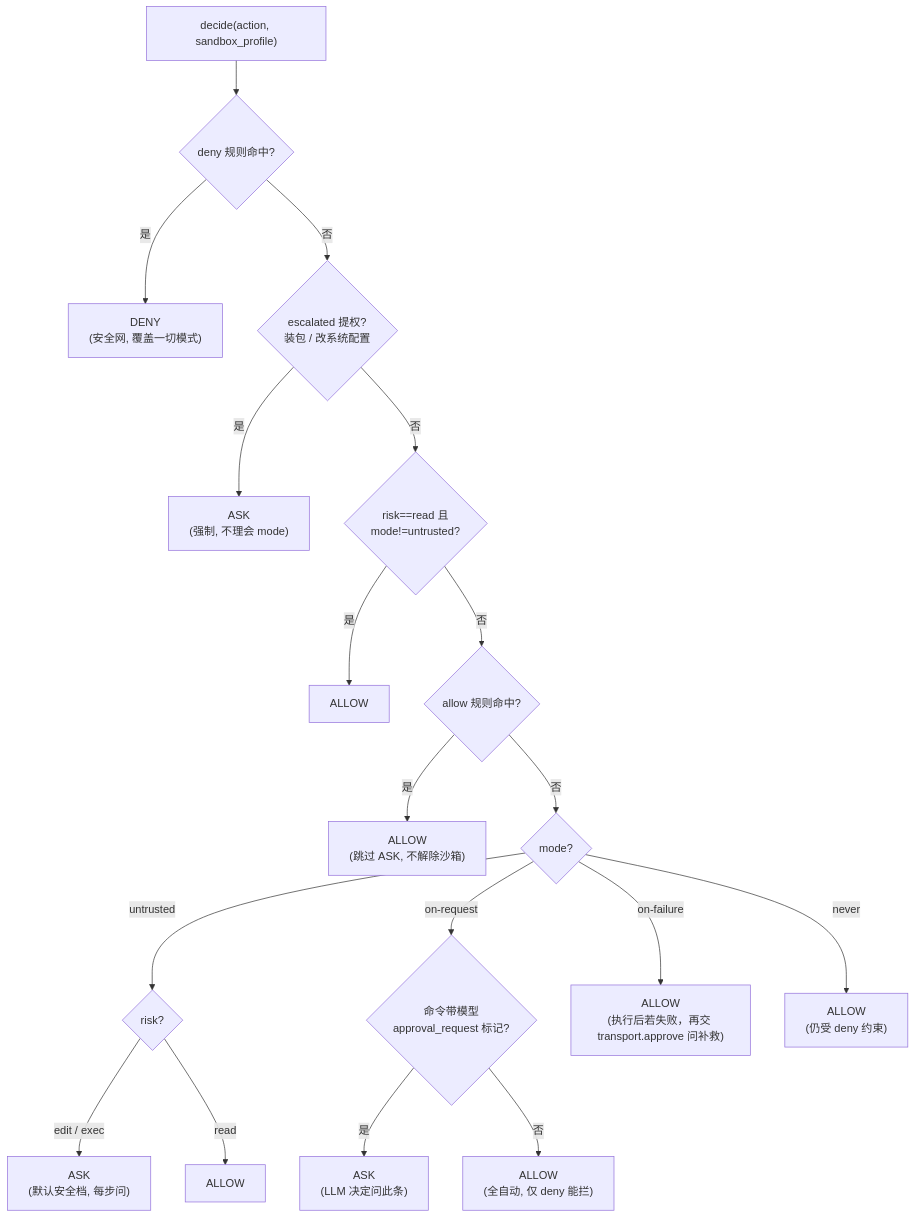
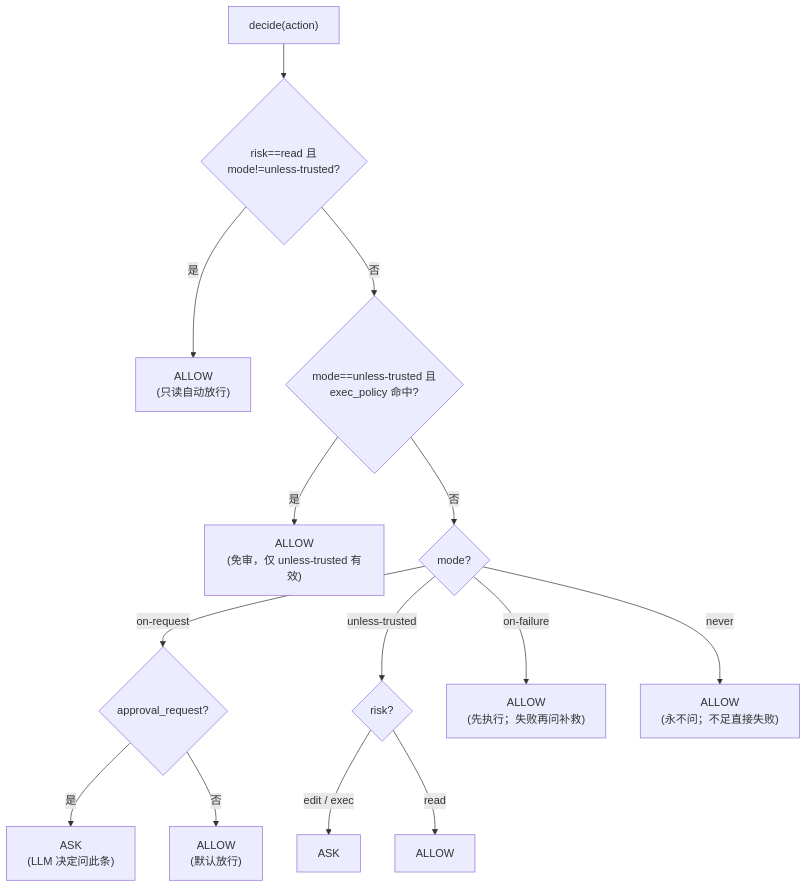
One commit to SyncFunc/work-agent changed the second of 2 diagrams in knowledge/INDEX.md. Above: the diagram before and after it, drawn with Mermaid. The commit also changed other lines of this file and 26 other files, not shown here.

````diff
--- a/knowledge/INDEX.md
+++ b/knowledge/INDEX.md
@@ -194,20 +194,16 @@
 ```mermaid
 flowchart TD
-    D["decide(action, sandbox_profile)"] --> Q1{"deny 规则命中?"}
-    Q1 -- "是" --> DN["DENY<br/>(安全网, 覆盖一切模式)"]
-    Q1 -- "否" --> QE{"escalated 提权?<br/>装包 / 改系统配置"}
-    QE -- "是" --> SH["ASK<br/>(强制, 不理会 mode)"]
-    QE -- "否" --> Q2{"risk==read 且<br/>mode!=untrusted?"}
-    Q2 -- "是" --> A1["ALLOW"]
-    Q2 -- "否" --> Q3{"allow 规则命中?"}
-    Q3 -- "是" --> A2["ALLOW<br/>(跳过 ASK, 不解除沙箱)"]
-    Q3 -- "否" --> Q4{"mode?"}
-    Q4 -- "untrusted" --> Q5{"risk?"}
-    Q5 -- "edit / exec" --> S["ASK<br/>(默认安全档, 每步问)"]
-    Q5 -- "read" --> A3["ALLOW"]
-    Q4 -- "on-request" --> Q6{"命令带模型<br/>approval_request 标记?"}
-    Q6 -- "是" --> S2["ASK<br/>(LLM 决定问此条)"]
-    Q6 -- "否" --> A4["ALLOW<br/>(全自动, 仅 deny 能拦)"]
-    Q4 -- "on-failure" --> A5["ALLOW<br/>(执行后若失败，再交 transport.approve 问补救)"]
-    Q4 -- "never" --> A6["ALLOW<br/>(仍受 deny 约束)"]
+    D["decide(action)"] --> Q1{"risk==read 且<br/>mode!=unless-trusted?"}
+    Q1 -- "是" --> A1["ALLOW<br/>(只读自动放行)"]
+    Q1 -- "否" --> Q2{"mode==unless-trusted 且<br/>exec_policy 命中?"}
+    Q2 -- "是" --> A2["ALLOW<br/>(免审，仅 unless-trusted 有效)"]
+    Q2 -- "否" --> Q3{"mode?"}
+    Q3 -- "on-request" --> Q4{"approval_request?"}
+    Q4 -- "是" --> S1["ASK<br/>(LLM 决定问此条)"]
+    Q4 -- "否" --> A3["ALLOW<br/>(默认放行)"]
+    Q3 -- "unless-trusted" --> Q5{"risk?"}
+    Q5 -- "edit / exec" --> S2["ASK"]
+    Q5 -- "read" --> A4["ALLOW"]
+    Q3 -- "on-failure" --> A5["ALLOW<br/>(先执行；失败再问补救)"]
+    Q3 -- "never" --> A6["ALLOW<br/>(永不问；不足直接失败)"]
 ```
````
